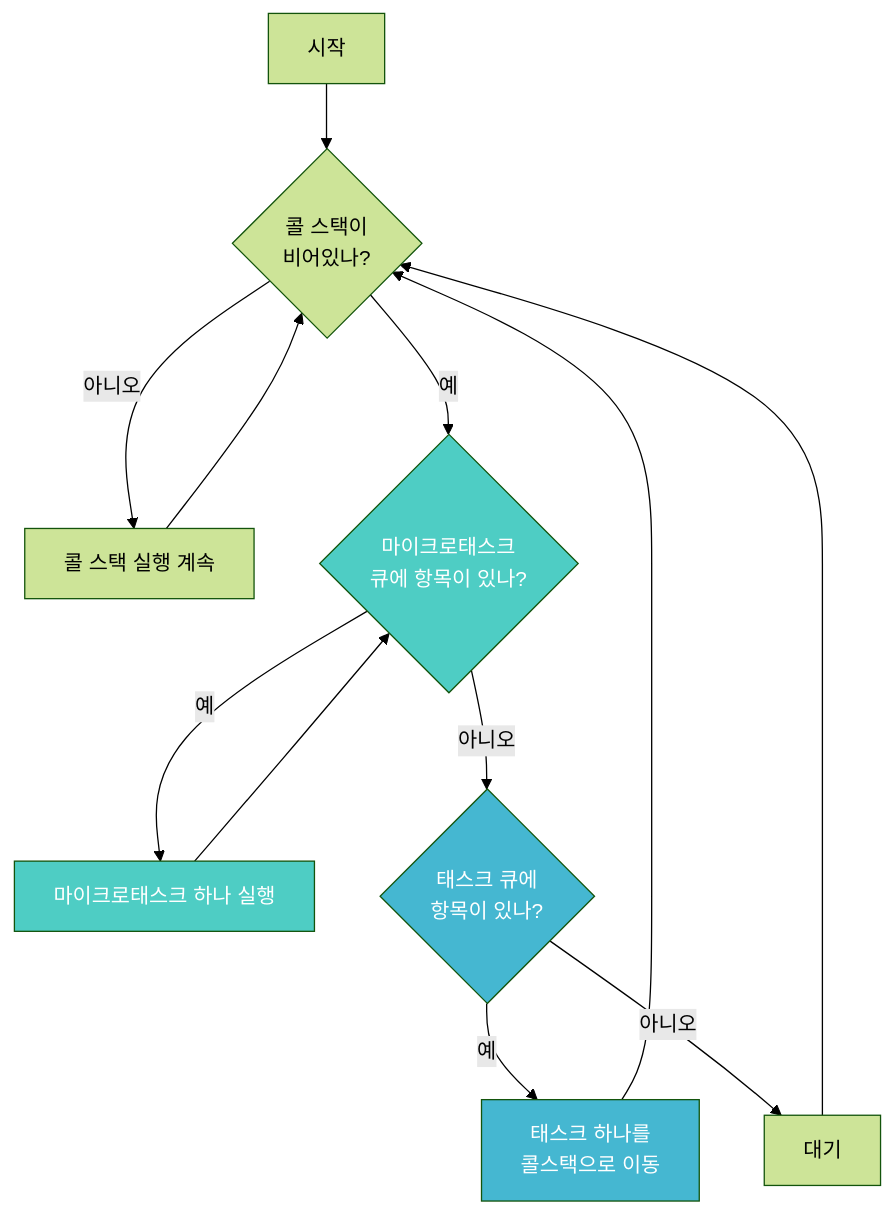
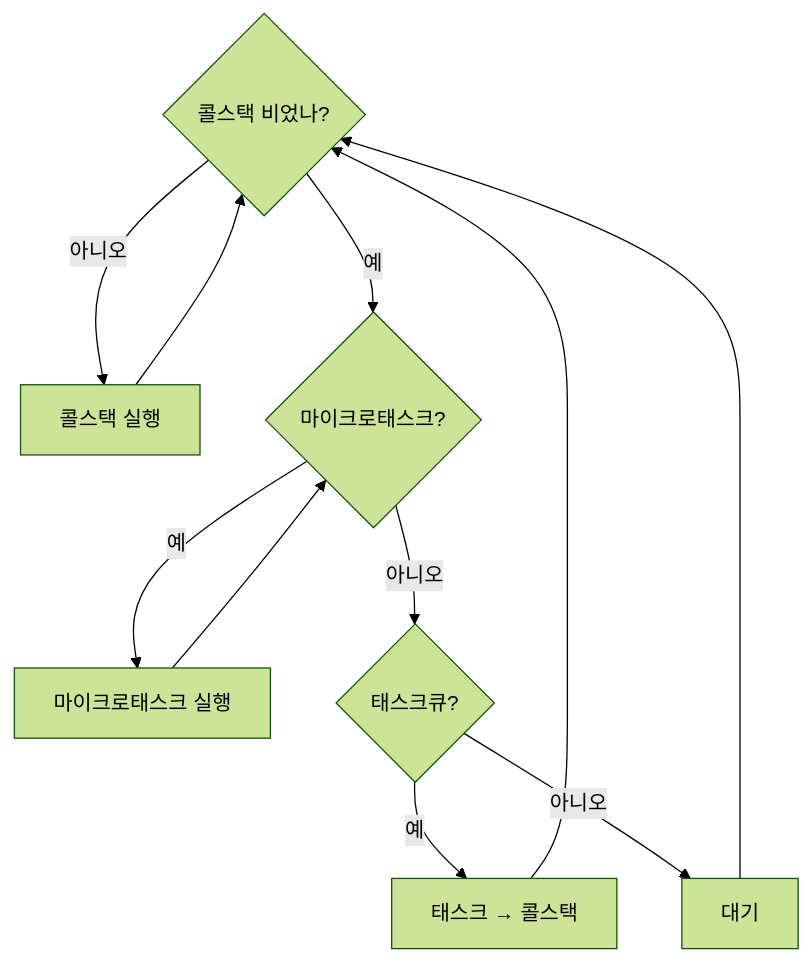
One commit to yjkim2015/yjkim2015.github.io changed the third of 13 diagrams in _posts/frontend/2026-05-02-js-event-loop.md. Above: the diagram before and after it, drawn with Mermaid (forest theme). The commit also changed other lines of this file and 215 other files, not shown here.

First line of the commit message:
신규 포스트 10개 추가 + Mermaid 전면 축소 + SystemDesign 시리즈 보강

````diff
--- a/_posts/frontend/2026-05-02-js-event-loop.md
+++ b/_posts/frontend/2026-05-02-js-event-loop.md
@@ -132,19 +100,9 @@
 ```mermaid
 flowchart TD
-    A["시작"] --> B{"콜 스택이<br>비어있나?"}
-    B -->|"아니오"| C["콜 스택 실행 계속"]
-    C --> B
-    B -->|"예"| D{"마이크로태스크<br>큐에 항목이 있나?"}
-    D -->|"예"| E["마이크로태스크 하나 실행"]
-    E --> D
-    D -->|"아니오"| F{"태스크 큐에<br>항목이 있나?"}
-    F -->|"예"| G["태스크 하나를<br>콜스택으로 이동"]
-    G --> B
-    F -->|"아니오"| H["대기"]
-    H --> B
-
-    style D fill:#4ecdc4,color:#fff
-    style F fill:#45b7d1,color:#fff
-    style E fill:#4ecdc4,color:#fff
-    style G fill:#45b7d1,color:#fff
+    A{"콜스택 비었나?"} -->|아니오| B["콜스택 실행"] --> A
+    A -->|예| C{"마이크로태스크?"}
+    C -->|예| D["마이크로태스크 실행"] --> C
+    C -->|아니오| E{"태스크큐?"}
+    E -->|예| F["태스크 → 콜스택"] --> A
+    E -->|아니오| G["대기"] --> A
 ```
````
